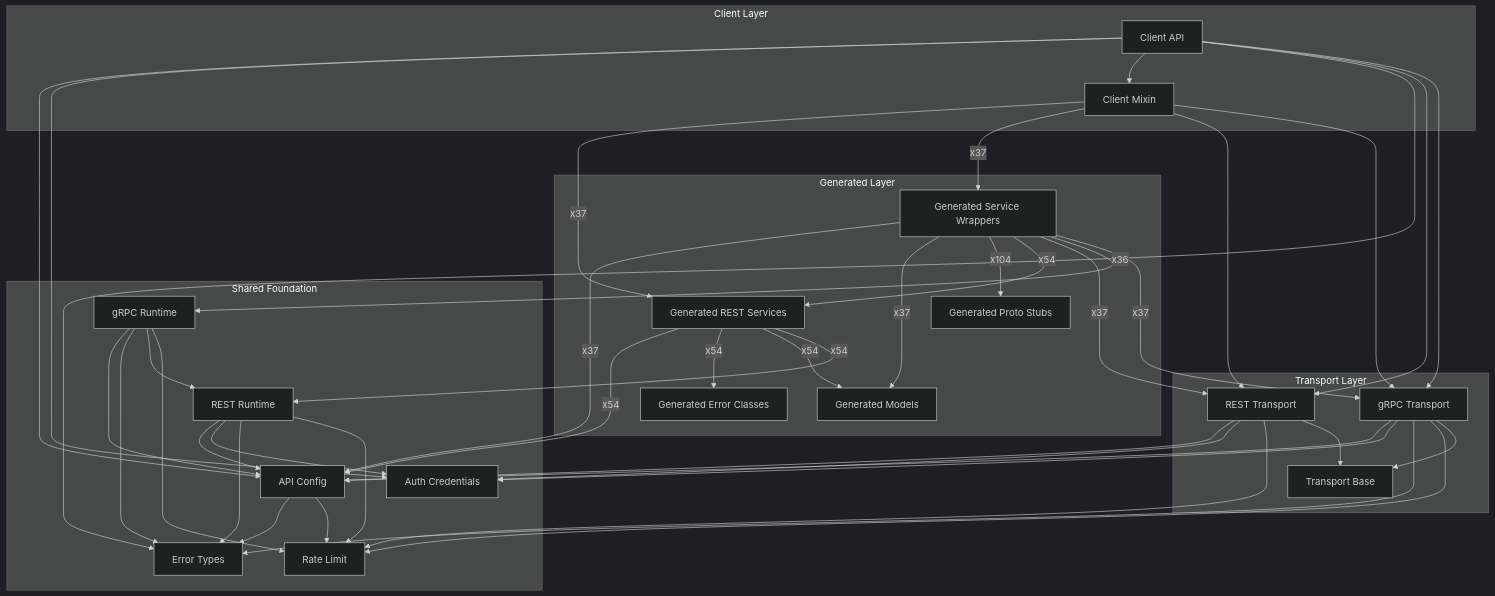
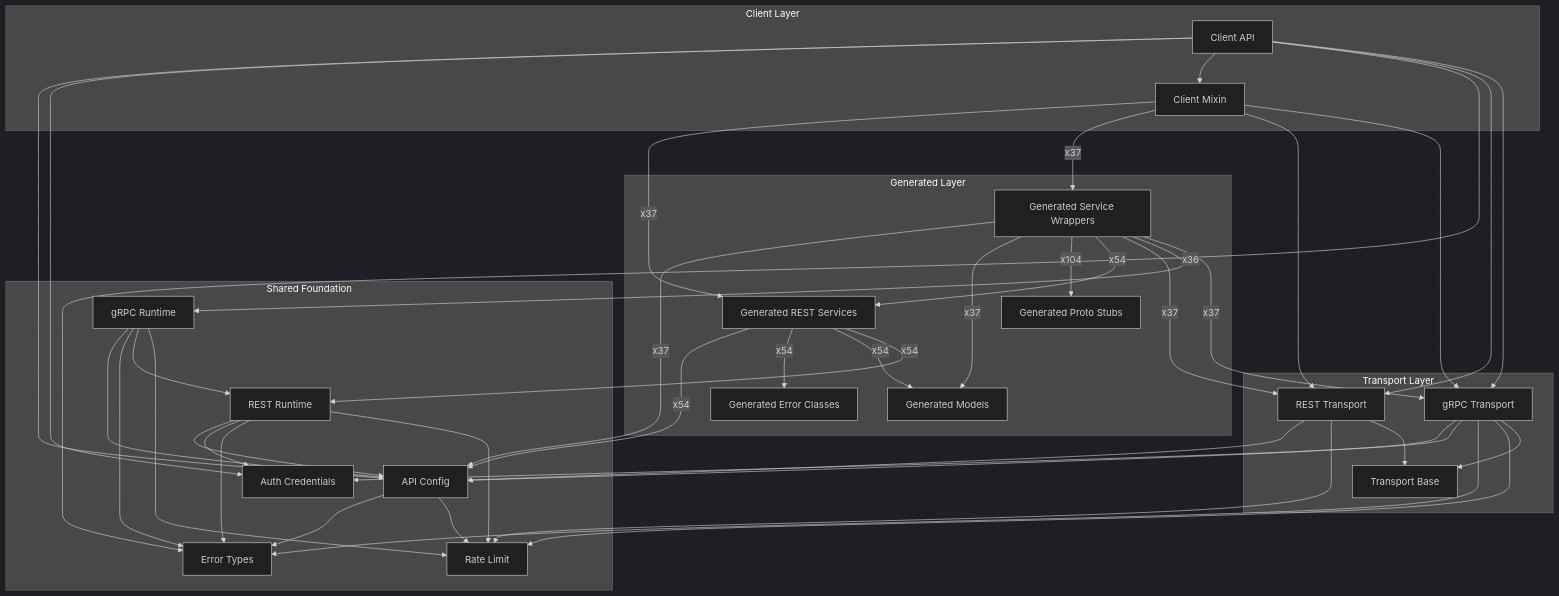
The diagram in docs/sphinx/sdk_runtime_architecture.md (alexdearaujo/community_sdk_python), drawn with Mermaid (dark theme) before and after one commit. The commit also changed 14 other files, not shown here.

````diff
--- a/docs/sphinx/sdk_runtime_architecture.md
+++ b/docs/sphinx/sdk_runtime_architecture.md
@@ -22,68 +22,67 @@
 ```mermaid
 flowchart TB
     subgraph client["Client Layer"]
         Client_API["Client API"]
         Client_Mixin["Client Mixin"]
     end
     subgraph generated["Generated Layer"]
         Generated_Error_Classes["Generated Error Classes"]
         Generated_Models["Generated Models"]
         Generated_Proto_Stubs["Generated Proto Stubs"]
         Generated_REST_Services["Generated REST Services"]
         Generated_Service_Wrappers["Generated Service Wrappers"]
     end
     subgraph transport["Transport Layer"]
         REST_Transport["REST Transport"]
         Transport_Base["Transport Base"]
         gRPC_Transport["gRPC Transport"]
     end
     subgraph foundation["Shared Foundation"]
         API_Config["API Config"]
         Auth_Credentials["Auth Credentials"]
         Error_Types["Error Types"]
         REST_Runtime["REST Runtime"]
         Rate_Limit["Rate Limit"]
         gRPC_Runtime["gRPC Runtime"]
     end
 
     API_Config --> Error_Types
     API_Config --> Rate_Limit
     Client_API --> API_Config
     Client_API --> Auth_Credentials
     Client_API --> Client_Mixin
     Client_API --> Error_Types
     Client_API --> REST_Transport
     Client_API --> gRPC_Transport
     Client_Mixin -->|"x37"| Generated_REST_Services
     Client_Mixin -->|"x37"| Generated_Service_Wrappers
     Client_Mixin --> REST_Transport
     Client_Mixin --> gRPC_Transport
     Generated_REST_Services -->|"x54"| API_Config
     Generated_REST_Services -->|"x54"| Generated_Error_Classes
     Generated_REST_Services -->|"x54"| Generated_Models
     Generated_REST_Services -->|"x54"| REST_Runtime
     Generated_Service_Wrappers -->|"x37"| API_Config
     Generated_Service_Wrappers -->|"x37"| Generated_Models
     Generated_Service_Wrappers -->|"x104"| Generated_Proto_Stubs
     Generated_Service_Wrappers -->|"x54"| Generated_REST_Services
     Generated_Service_Wrappers -->|"x37"| REST_Transport
     Generated_Service_Wrappers -->|"x36"| gRPC_Runtime
     Generated_Service_Wrappers -->|"x37"| gRPC_Transport
     REST_Runtime --> API_Config
     REST_Runtime --> Auth_Credentials
     REST_Runtime --> Error_Types
     REST_Runtime --> Rate_Limit
     REST_Transport --> API_Config
-    REST_Transport --> Auth_Credentials
     REST_Transport --> Rate_Limit
     REST_Transport --> Transport_Base
     gRPC_Runtime --> API_Config
     gRPC_Runtime --> Error_Types
     gRPC_Runtime --> REST_Runtime
     gRPC_Runtime --> Rate_Limit
     gRPC_Transport --> API_Config
     gRPC_Transport --> Auth_Credentials
     gRPC_Transport --> Error_Types
     gRPC_Transport --> Rate_Limit
     gRPC_Transport --> Transport_Base
 ```
````
